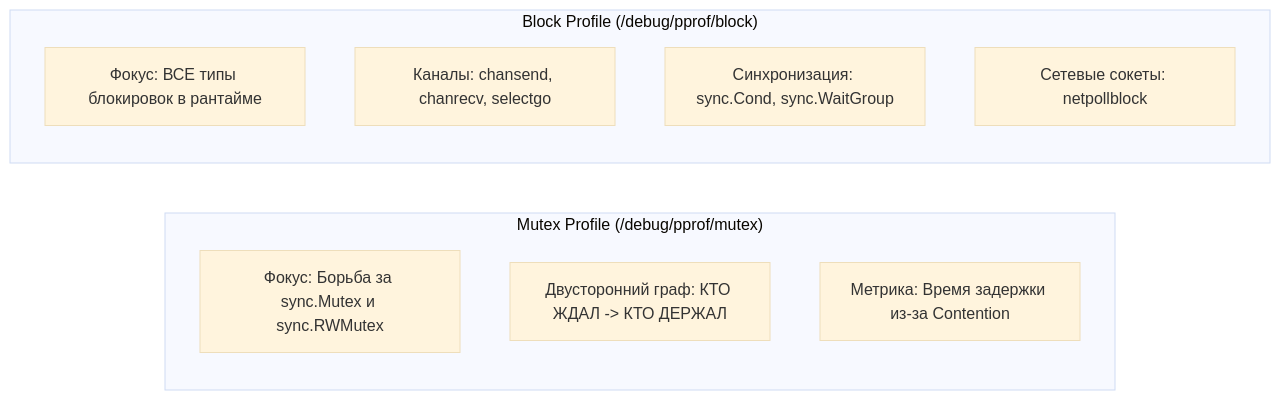
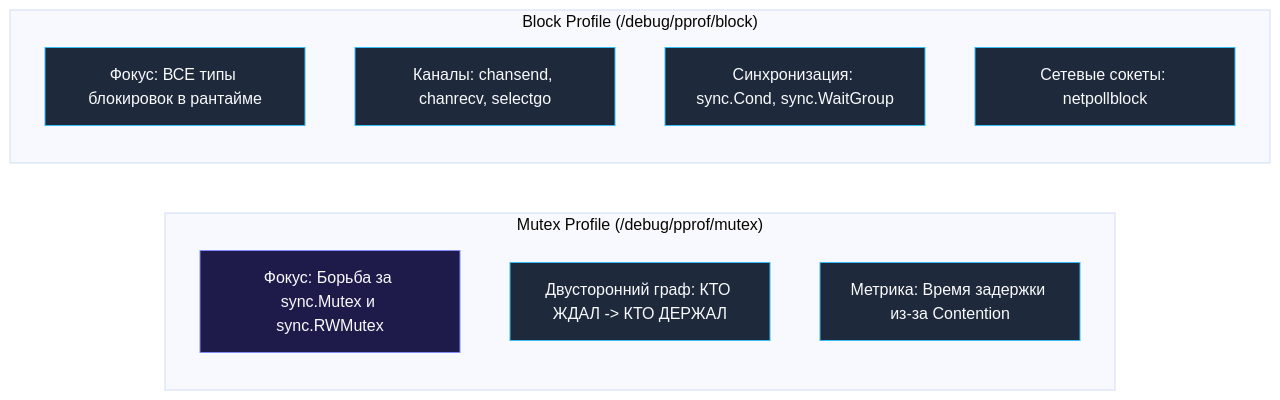
The second of 2 diagrams in sources/16. Профилирование, отладка и производительность/06. Конкурентность/7. Contention и lock profiling.md (UnrealTemplier/go-textbook), drawn with Mermaid (base theme) before and after one commit. The commit also changed other lines of this file and 1666 other files, not shown here.

First line of the commit message:
feat(mermaid): add semantic color classDef to 1369 colorless flowchart/graph diagrams

````diff
--- a/sources/16. Профилирование, отладка и производительность/06. Конкурентность/7. Contention и lock profiling.md
+++ b/sources/16. Профилирование, отладка и производительность/06. Конкурентность/7. Contention и lock profiling.md
@@ -43,15 +53,25 @@
 ```mermaid
 flowchart LR
+    classDef process  fill:#1e293b,stroke:#38bdf8,stroke-width:1px,color:#f8fafc
+    classDef success  fill:#064e3b,stroke:#34d399,stroke-width:1px,color:#f8fafc
+    classDef error    fill:#7f1d1d,stroke:#f87171,stroke-width:1px,color:#f8fafc
+    classDef warning  fill:#78350f,stroke:#fbbf24,stroke-width:1px,color:#f8fafc
+    classDef entry    fill:#1e3a5f,stroke:#38bdf8,stroke-width:2px,color:#f8fafc
+    classDef aux      fill:#334155,stroke:#64748b,stroke-width:1px,color:#f8fafc
+    classDef system   fill:#312e81,stroke:#a78bfa,stroke-width:1px,color:#f8fafc
+    classDef data     fill:#132d29,stroke:#2dd4bf,stroke-width:1px,color:#f8fafc
+    classDef network  fill:#881337,stroke:#fb7185,stroke-width:1px,color:#f8fafc
+    classDef accent   fill:#1e1b4b,stroke:#818cf8,stroke-width:1px,color:#f8fafc
     subgraph MutexProf ["Mutex Profile (/debug/pprof/mutex)"]
-        MP1["Фокус: Борьба за sync.Mutex и sync.RWMutex"]
-        MP2["Двусторонний граф: КТО ЖДАЛ -> КТО ДЕРЖАЛ"]
-        MP3["Метрика: Время задержки из-за Contention"]
+        MP1["Фокус: Борьба за sync.Mutex и sync.RWMutex"]:::accent
+        MP2["Двусторонний граф: КТО ЖДАЛ -> КТО ДЕРЖАЛ"]:::process
+        MP3["Метрика: Время задержки из-за Contention"]:::process
     end
 
     subgraph BlockProf ["Block Profile (/debug/pprof/block)"]
-        BP1["Фокус: ВСЕ типы блокировок в рантайме"]
-        BP2["Каналы: chansend, chanrecv, selectgo"]
-        BP3["Синхронизация: sync.Cond, sync.WaitGroup"]
-        BP4["Сетевые сокеты: netpollblock"]
+        BP1["Фокус: ВСЕ типы блокировок в рантайме"]:::process
+        BP2["Каналы: chansend, chanrecv, selectgo"]:::process
+        BP3["Синхронизация: sync.Cond, sync.WaitGroup"]:::process
+        BP4["Сетевые сокеты: netpollblock"]:::process
     end
 ```
````
